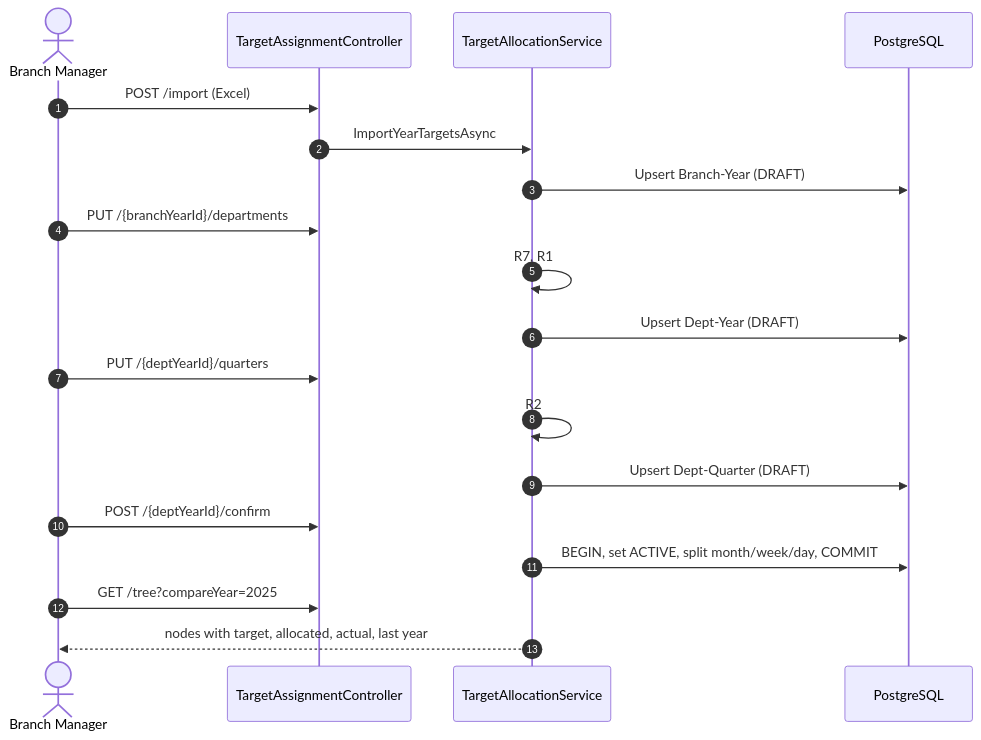
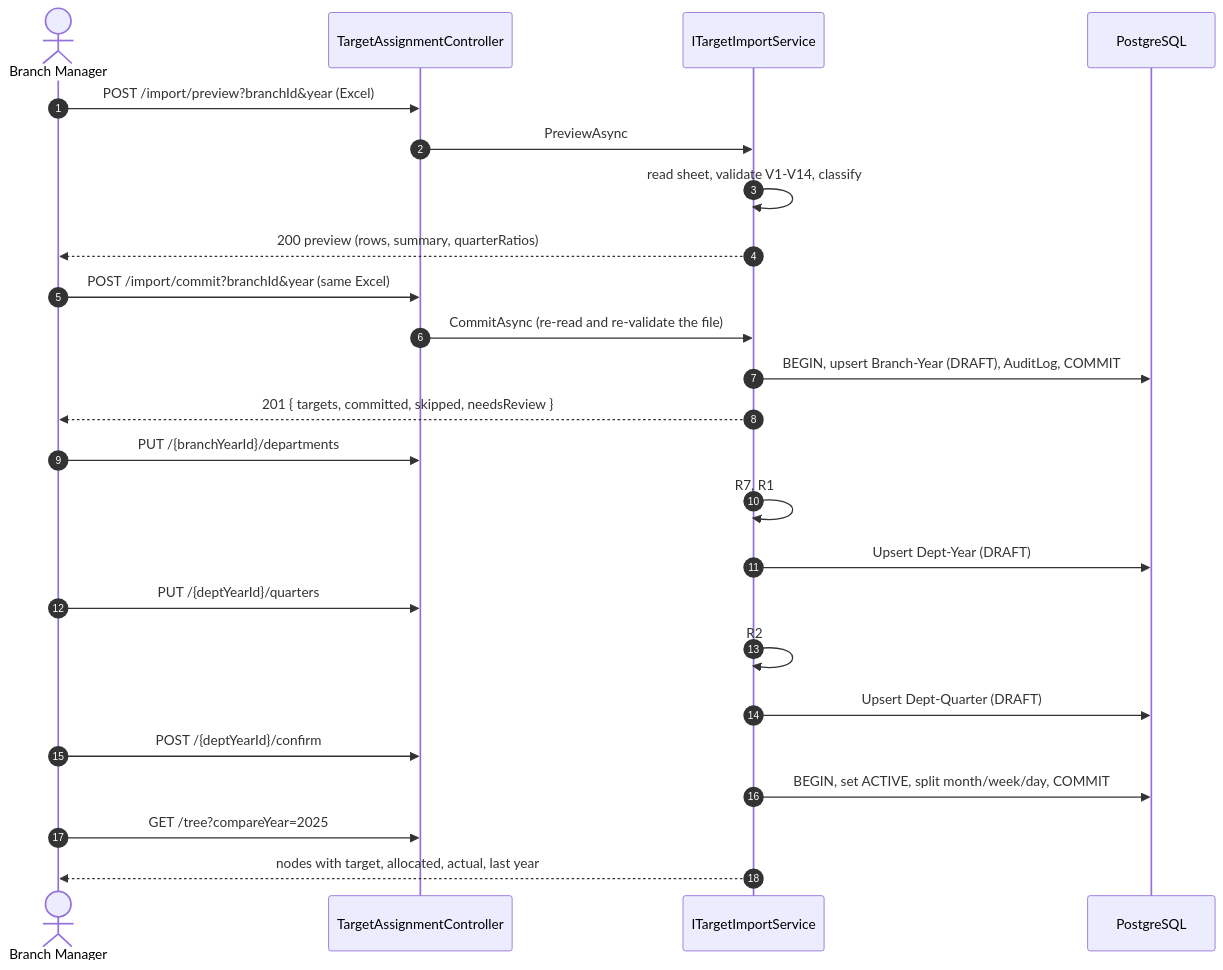
Before and after one commit to quanngo2005/Fall26_SEP490_G54: the diagram in docs/api/TARGET_ALLOCATION_CONTRACT.md, drawn with Mermaid. The commit also changed other lines of this file and 70 other files, not shown here.

Commit message:
feat: BE: Import Target for Branch, FE: SCR-STRAT-04

````diff
--- a/docs/api/TARGET_ALLOCATION_CONTRACT.md
+++ b/docs/api/TARGET_ALLOCATION_CONTRACT.md
@@ -45,21 +316,26 @@
 ```mermaid
 sequenceDiagram
     autonumber
     actor BM as Branch Manager
     participant API as TargetAssignmentController
-    participant SVC as TargetAllocationService
+    participant SVC as ITargetImportService
     participant DB as PostgreSQL
-    BM->>API: POST /import (Excel)
-    API->>SVC: ImportYearTargetsAsync
-    SVC->>DB: Upsert Branch-Year (DRAFT)
+    BM->>API: POST /import/preview?branchId&year (Excel)
+    API->>SVC: PreviewAsync
+    SVC->>SVC: read sheet, validate V1-V14, classify
+    SVC-->>BM: 200 preview (rows, summary, quarterRatios)
+    BM->>API: POST /import/commit?branchId&year (same Excel)
+    API->>SVC: CommitAsync (re-read and re-validate the file)
+    SVC->>DB: BEGIN, upsert Branch-Year (DRAFT), AuditLog, COMMIT
+    SVC-->>BM: 201 { targets, committed, skipped, needsReview }
     BM->>API: PUT /{branchYearId}/departments
     SVC->>SVC: R7, R1
     SVC->>DB: Upsert Dept-Year (DRAFT)
     BM->>API: PUT /{deptYearId}/quarters
     SVC->>SVC: R2
     SVC->>DB: Upsert Dept-Quarter (DRAFT)
     BM->>API: POST /{deptYearId}/confirm
     SVC->>DB: BEGIN, set ACTIVE, split month/week/day, COMMIT
     BM->>API: GET /tree?compareYear=2025
     SVC-->>BM: nodes with target, allocated, actual, last year
 ```
````
